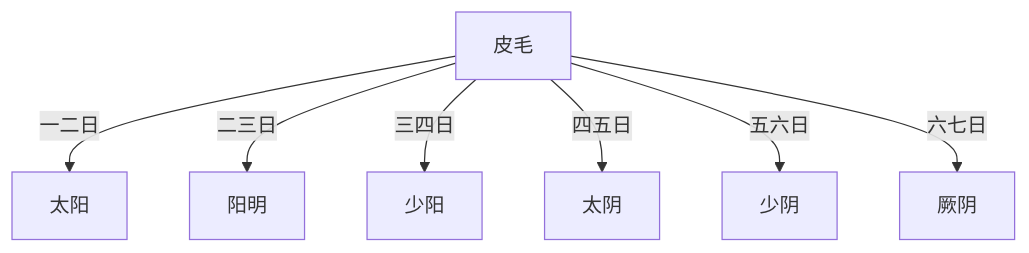
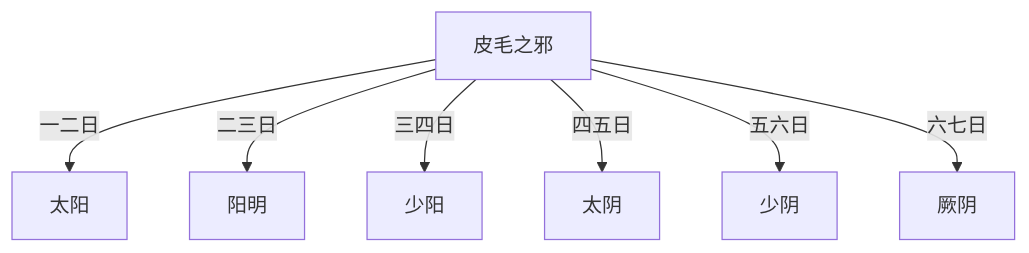
Before and after one commit to 6830920/gmzyjc: the second of 6 diagrams in ok/rm/rm_shl01.md, drawn with Mermaid. The commit also changed other lines of this file and 2 other files, not shown here.

````diff
--- a/ok/rm/rm_shl01.md
+++ b/ok/rm/rm_shl01.md
@@ -58,12 +60,12 @@
 ```mermaid
 graph TB 
-皮毛--一二日-->太阳
-皮毛--二三日-->阳明
-皮毛--三四日-->少阳
-皮毛--四五日-->太阴
-皮毛--五六日-->少阴
-皮毛--六七日-->厥阴
+皮毛之邪--一二日-->太阳
+皮毛之邪--二三日-->阳明
+皮毛之邪--三四日-->少阳
+皮毛之邪--四五日-->太阴
+皮毛之邪--五六日-->少阴
+皮毛之邪--六七日-->厥阴
 
 
 classDef red fill:#f96
 ```
````
